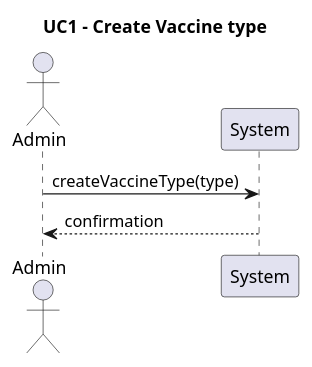
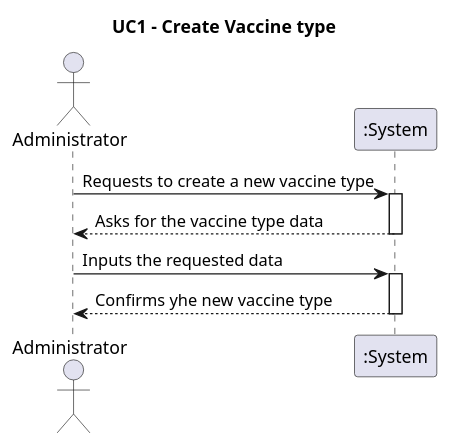
The diagram in Documentation/Use Cases/UC1.puml (Andre-1240567/fsoft2026_1DD_1), drawn with PlantUML before and after one commit. The commit also changed 4 other files, not shown here.

```diff
--- a/Documentation/Use Cases/UC1.puml
+++ b/Documentation/Use Cases/UC1.puml
@@ -1,11 +1,18 @@
 @startuml
 'https://plantuml.com/use-case-diagram
 title UC1 - Create Vaccine type
 
-Actor Admin
- participant "System"
+actor Administrator as Admin
+participant ":System" as System
 
- Admin -> System: createVaccineType(type)
- System --> Admin: confirmation
+
+Admin -> System: Requests to create a new vaccine type
+activate System
+System --> Admin: Asks for the vaccine type data
+deactivate System
+Admin -> System: Inputs the requested data
+activate System
+System --> Admin: Confirms yhe new vaccine type
+deactivate System
 
 @enduml
```
